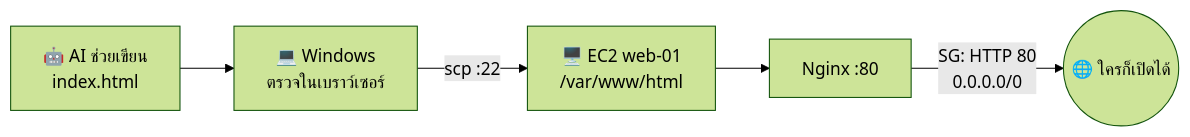
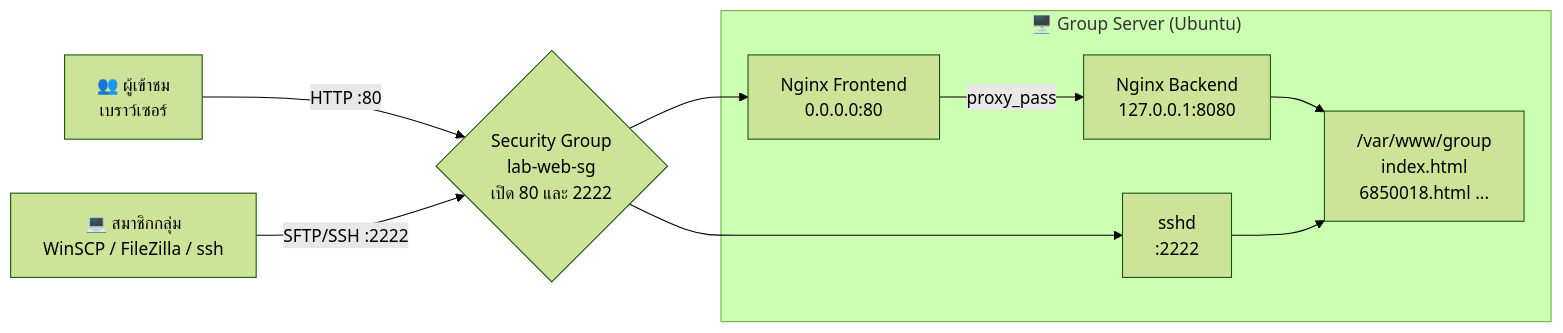
The first of 2 diagrams in lab02-my-first-web-app.md (aumnaj/ict24167), drawn with Mermaid (forest theme) before and after one commit. The commit also changed other lines of this file, not shown here.

````diff
--- a/lab02-my-first-web-app.md
+++ b/lab02-my-first-web-app.md
@@ -27,7 +41,12 @@
 ```mermaid
 flowchart LR
-    AI["🤖 AI ช่วยเขียน<br/>index.html"] --> PC["💻 Windows<br/>ตรวจในเบราว์เซอร์"]
-    PC -- "scp :22" --> EC2["🖥️ EC2 web-01<br/>/var/www/html"]
-    EC2 --> NG["Nginx :80"]
-    NG -- "SG: HTTP 80<br/>0.0.0.0/0" --> W(("🌐 ใครก็เปิดได้"))
+    U["👥 ผู้เข้าชม<br/>เบราว์เซอร์"] -- "HTTP :80" --> SG{"Security Group<br/>lab-web-sg<br/>เปิด 80 และ 2222"}
+    A["💻 สมาชิกกลุ่ม<br/>WinSCP / FileZilla / ssh"] -- "SFTP/SSH :2222" --> SG
+    subgraph EC2["🖥️ Group Server (Ubuntu)"]
+        F["Nginx Frontend<br/>0.0.0.0:80"] -- "proxy_pass" --> B["Nginx Backend<br/>127.0.0.1:8080"]
+        B --> W["/var/www/group<br/>index.html<br/>6850018.html ..."]
+        S["sshd<br/>:2222"] --> W
+    end
+    SG --> F
+    SG --> S
 ```
````
